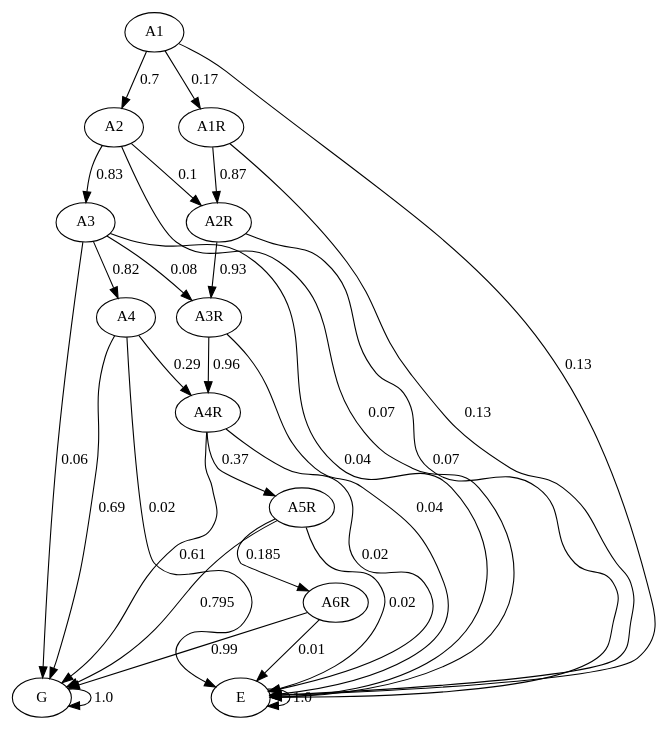
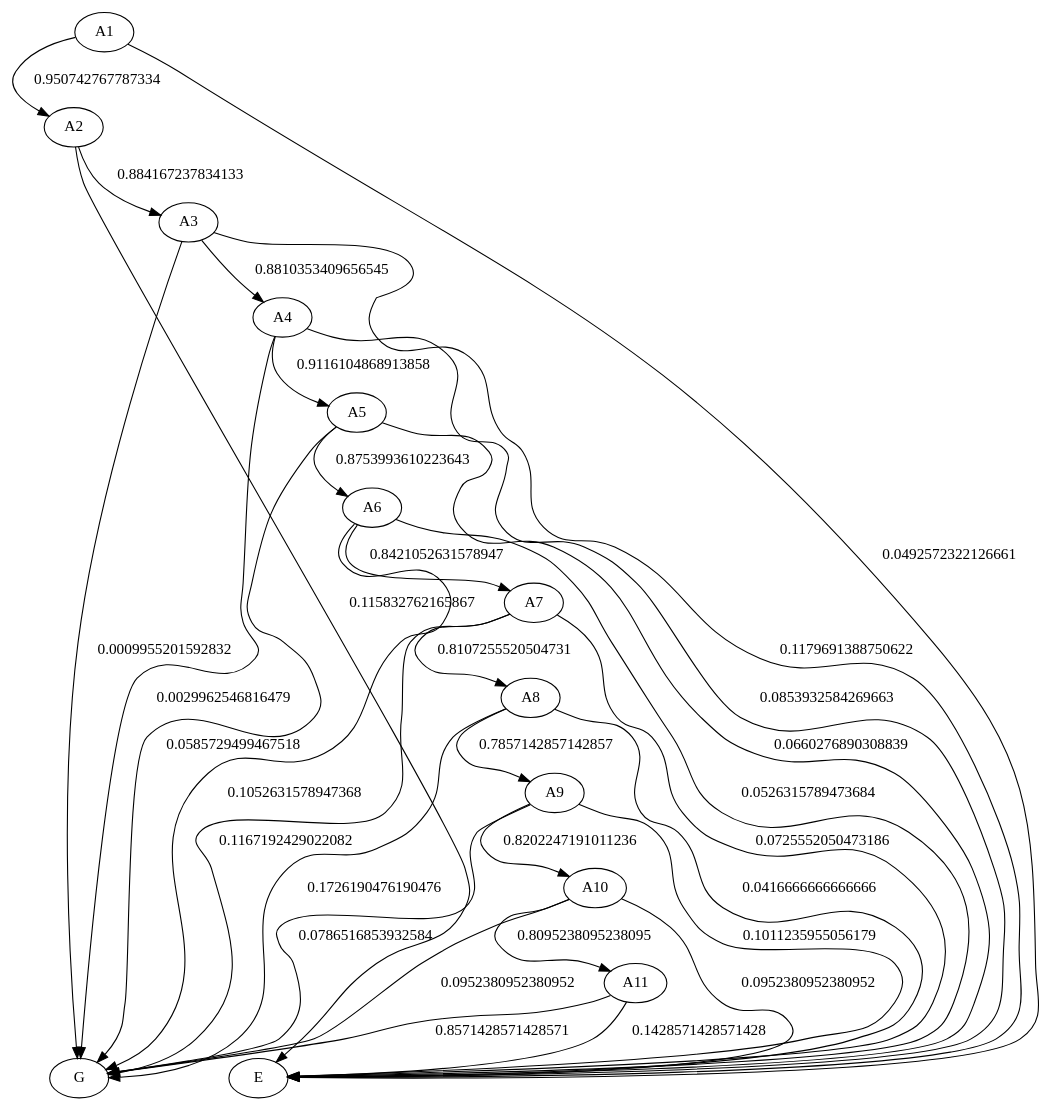
One commit to JulianaFerreira/educacao changed the diagram in graph/markov.dot. Above: the diagram before and after it, drawn with Graphviz. The commit also changed 5 other files, not shown here.

```diff
--- a/graph/markov.dot
+++ b/graph/markov.dot
@@ -1,43 +1,45 @@
 digraph  {
 A1;
 A2;
 A3;
 A4;
-A1R;
-A2R;
-A3R;
-A4R;
-A5R;
-A6R;
+A5;
+A6;
+A7;
+A8;
+A9;
+A10;
+A11;
 G;
 E;
-A1 -> A2  [key=0, label="0.7", weight="0.7"];
-A1 -> A1R  [key=0, label="0.17", weight="0.17"];
-A1 -> E  [key=0, label="0.13", weight="0.13"];
-A2 -> A3  [key=0, label="0.83", weight="0.83"];
-A2 -> A2R  [key=0, label="0.1", weight="0.1"];
-A2 -> E  [key=0, label="0.07", weight="0.07"];
-A3 -> A4  [key=0, label="0.82", weight="0.82"];
-A3 -> A3R  [key=0, label="0.08", weight="0.08"];
-A3 -> G  [key=0, label="0.06", weight="0.06"];
-A3 -> E  [key=0, label="0.04", weight="0.04"];
-A4 -> A4R  [key=0, label="0.29", weight="0.29"];
-A4 -> G  [key=0, label="0.69", weight="0.69"];
-A4 -> E  [key=0, label="0.02", weight="0.02"];
-A1R -> A2R  [key=0, label="0.87", weight="0.87"];
-A1R -> E  [key=0, label="0.13", weight="0.13"];
-A2R -> A3R  [key=0, label="0.93", weight="0.93"];
-A2R -> E  [key=0, label="0.07", weight="0.07"];
-A3R -> A4R  [key=0, label="0.96", weight="0.96"];
-A3R -> E  [key=0, label="0.04", weight="0.04"];
-A4R -> A5R  [key=0, label="0.37", weight="0.37"];
-A4R -> G  [key=0, label="0.61", weight="0.61"];
-A4R -> E  [key=0, label="0.02", weight="0.02"];
-A5R -> A6R  [key=0, label="0.185", weight="0.185"];
-A5R -> G  [key=0, label="0.795", weight="0.795"];
-A5R -> E  [key=0, label="0.02", weight="0.02"];
-A6R -> G  [key=0, label="0.99", weight="0.99"];
-A6R -> E  [key=0, label="0.01", weight="0.01"];
-G -> G  [key=0, label="1.0", weight="1.0"];
-E -> E  [key=0, label="1.0", weight="1.0"];
+A1 -> A2  [key=0, label="0.950742767787334", weight="0.950742767787334"];
+A1 -> E  [key=0, label="0.0492572322126661", weight="0.0492572322126661"];
+A2 -> A3  [key=0, label="0.884167237834133", weight="0.884167237834133"];
+A2 -> E  [key=0, label="0.115832762165867", weight="0.115832762165867"];
+A3 -> A4  [key=0, label="0.8810353409656545", weight="0.8810353409656545"];
+A3 -> G  [key=0, label="0.0009955201592832", weight="0.0009955201592832"];
+A3 -> E  [key=0, label="0.1179691388750622", weight="0.1179691388750622"];
+A4 -> A5  [key=0, label="0.9116104868913858", weight="0.9116104868913858"];
+A4 -> G  [key=0, label="0.0029962546816479", weight="0.0029962546816479"];
+A4 -> E  [key=0, label="0.0853932584269663", weight="0.0853932584269663"];
+A5 -> A6  [key=0, label="0.8753993610223643", weight="0.8753993610223643"];
+A5 -> G  [key=0, label="0.0585729499467518", weight="0.0585729499467518"];
+A5 -> E  [key=0, label="0.0660276890308839", weight="0.0660276890308839"];
+A6 -> A7  [key=0, label="0.8421052631578947", weight="0.8421052631578947"];
+A6 -> G  [key=0, label="0.1052631578947368", weight="0.1052631578947368"];
+A6 -> E  [key=0, label="0.0526315789473684", weight="0.0526315789473684"];
+A7 -> A8  [key=0, label="0.8107255520504731", weight="0.8107255520504731"];
+A7 -> G  [key=0, label="0.1167192429022082", weight="0.1167192429022082"];
+A7 -> E  [key=0, label="0.0725552050473186", weight="0.0725552050473186"];
+A8 -> A9  [key=0, label="0.7857142857142857", weight="0.7857142857142857"];
+A8 -> G  [key=0, label="0.1726190476190476", weight="0.1726190476190476"];
+A8 -> E  [key=0, label="0.0416666666666666", weight="0.0416666666666666"];
+A9 -> A10  [key=0, label="0.8202247191011236", weight="0.8202247191011236"];
+A9 -> G  [key=0, label="0.0786516853932584", weight="0.0786516853932584"];
+A9 -> E  [key=0, label="0.1011235955056179", weight="0.1011235955056179"];
+A10 -> A11  [key=0, label="0.8095238095238095", weight="0.8095238095238095"];
+A10 -> G  [key=0, label="0.0952380952380952", weight="0.0952380952380952"];
+A10 -> E  [key=0, label="0.0952380952380952", weight="0.0952380952380952"];
+A11 -> G  [key=0, label="0.8571428571428571", weight="0.8571428571428571"];
+A11 -> E  [key=0, label="0.1428571428571428", weight="0.1428571428571428"];
 }
```
